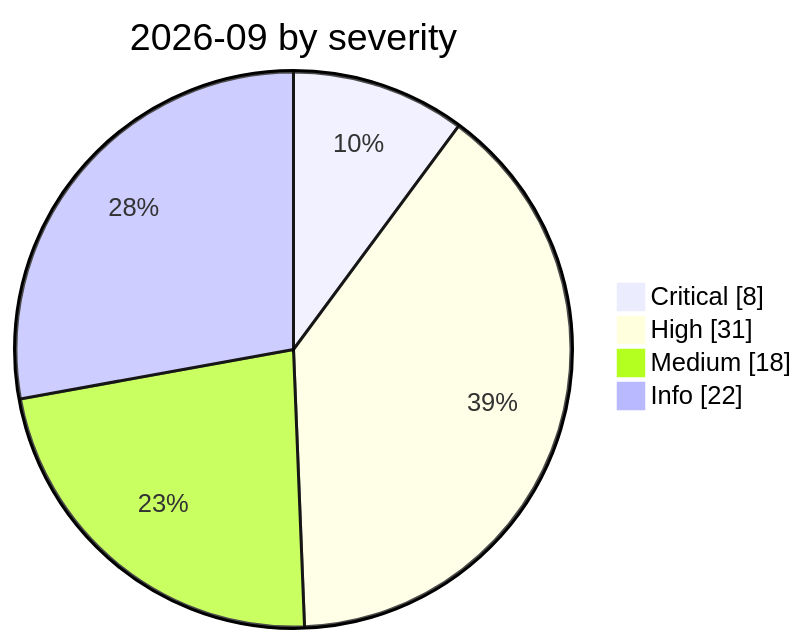
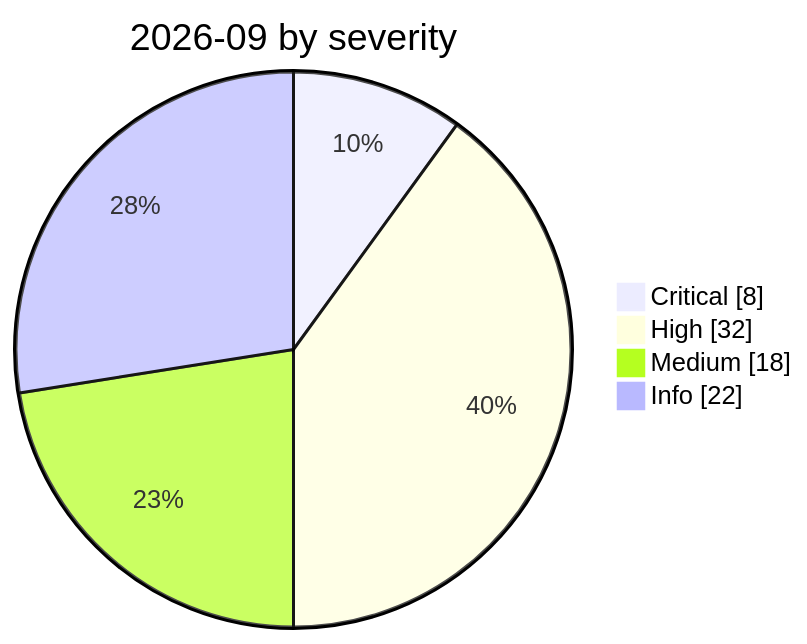
The diagram in incidents/2026-09/README.md (Continuum-AI-Corp/Orca-AI-Incident-Archive), drawn with Mermaid before and after one commit. The commit also changed other lines of this file and 35 other files, not shown here.

````diff
--- a/incidents/2026-09/README.md
+++ b/incidents/2026-09/README.md
@@ -8,8 +8,8 @@
 ```mermaid
 pie showData
     title 2026-09 by severity
     "Critical" : 8
-    "High" : 31
+    "High" : 32
     "Medium" : 18
     "Info" : 22
 ```
````
